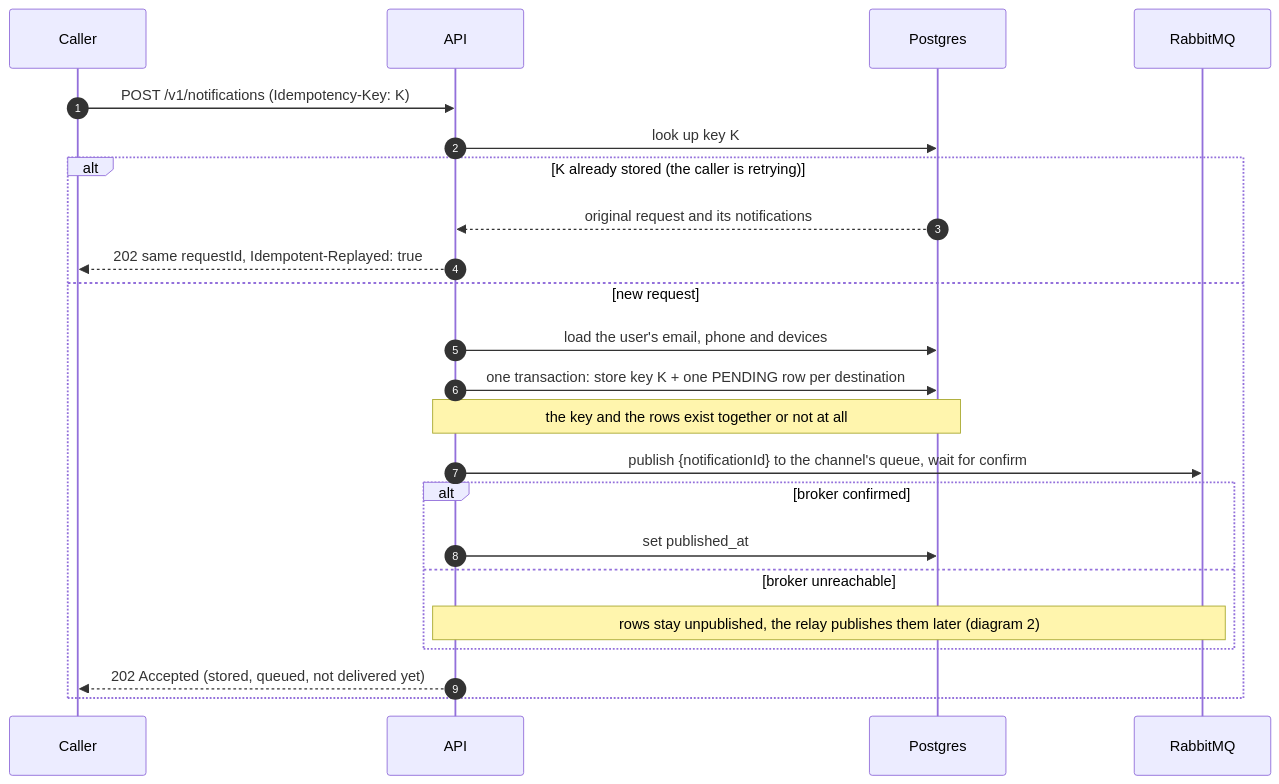
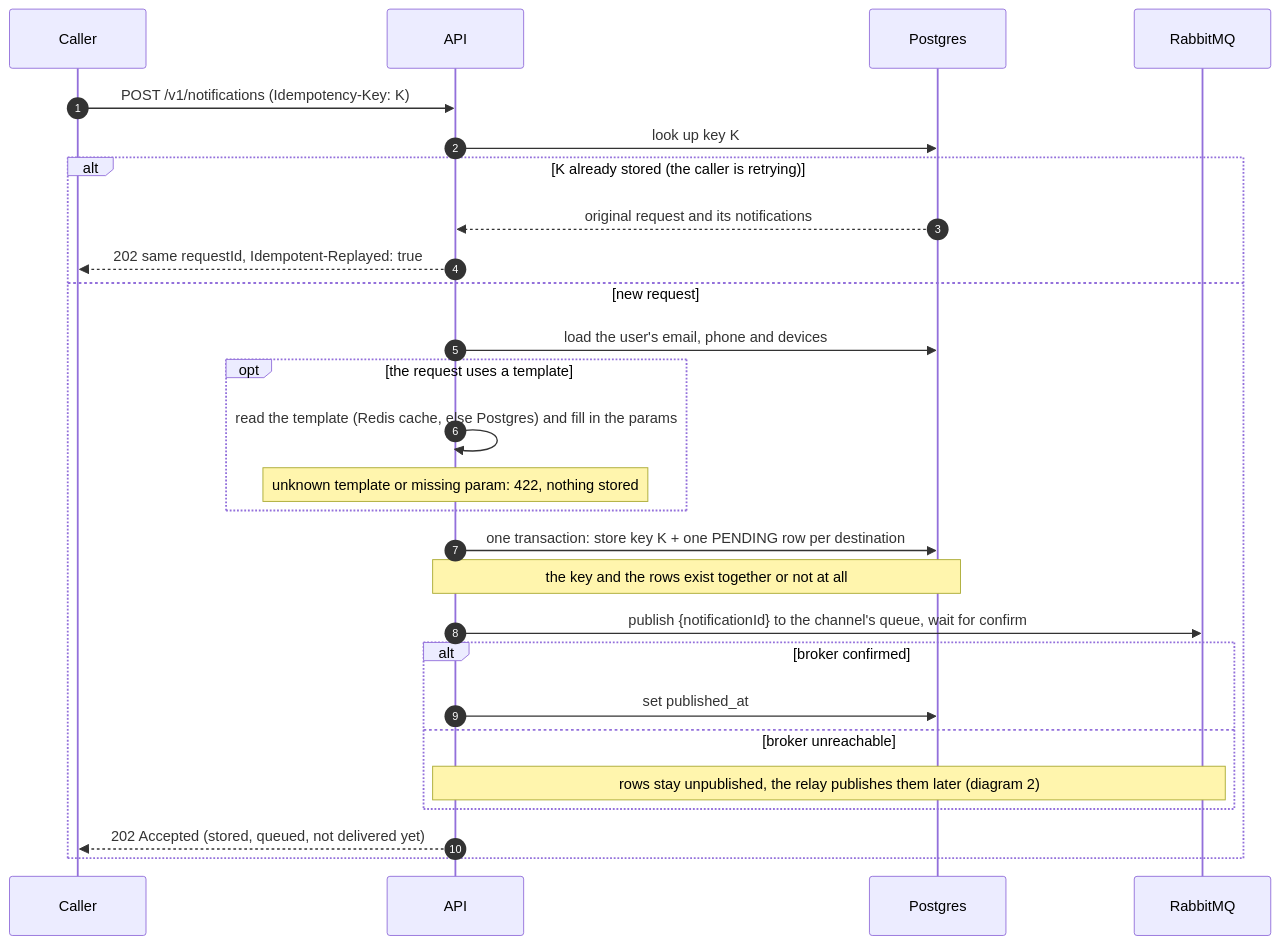
One commit to flerner/notification-system changed the first of 8 diagrams in notification-system/docs/FLOWS.md. Above: the diagram before and after it, drawn with Mermaid. The commit also changed other lines of this file and 28 other files, not shown here.

````diff
--- a/notification-system/docs/FLOWS.md
+++ b/notification-system/docs/FLOWS.md
@@ -13,26 +13,30 @@
 ```mermaid
 sequenceDiagram
     autonumber
     participant C as Caller
     participant A as API
     participant DB as Postgres
     participant MQ as RabbitMQ
 
     C->>A: POST /v1/notifications (Idempotency-Key: K)
     A->>DB: look up key K
     alt K already stored (the caller is retrying)
         DB-->>A: original request and its notifications
         A-->>C: 202 same requestId, Idempotent-Replayed: true
     else new request
         A->>DB: load the user's email, phone and devices
+        opt the request uses a template
+            A->>A: read the template (Redis cache, else Postgres) and fill in the params
+            Note over A: unknown template or missing param: 422, nothing stored
+        end
         A->>DB: one transaction: store key K + one PENDING row per destination
         Note over A,DB: the key and the rows exist together or not at all
         A->>MQ: publish {notificationId} to the channel's queue, wait for confirm
         alt broker confirmed
             A->>DB: set published_at
         else broker unreachable
             Note over A,MQ: rows stay unpublished, the relay publishes them later (diagram 2)
         end
         A-->>C: 202 Accepted (stored, queued, not delivered yet)
     end
 ```
````
